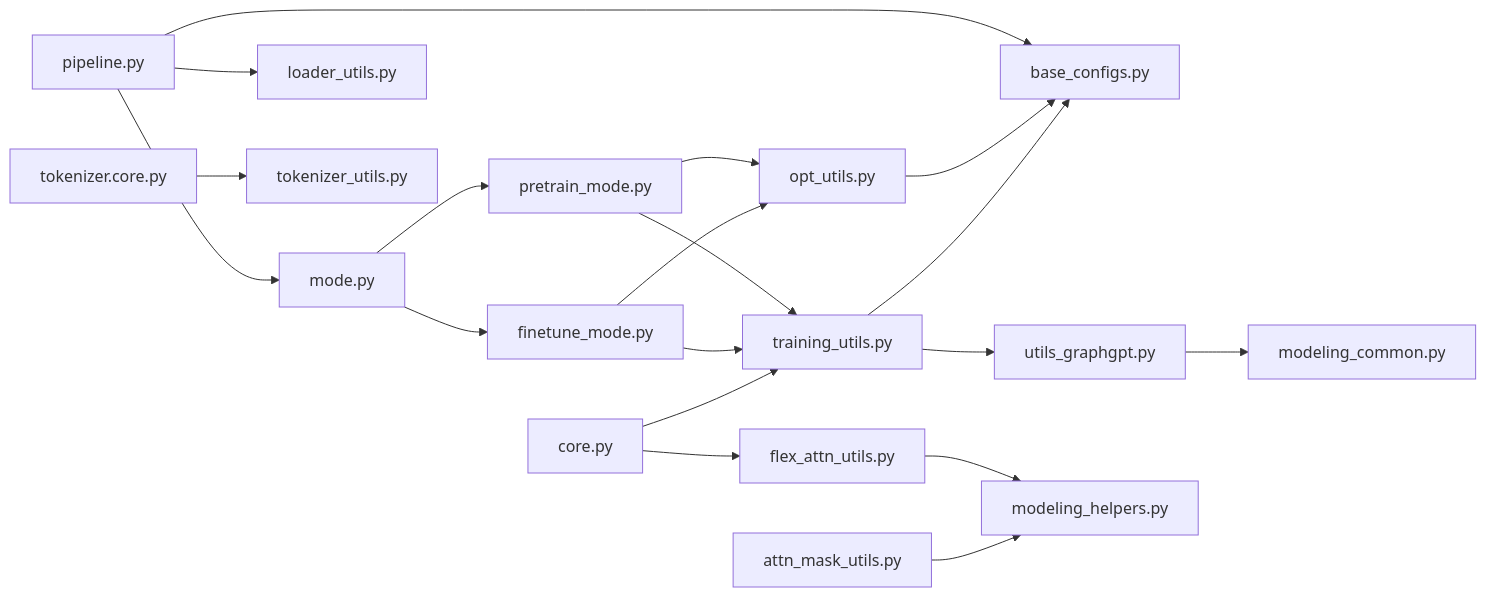
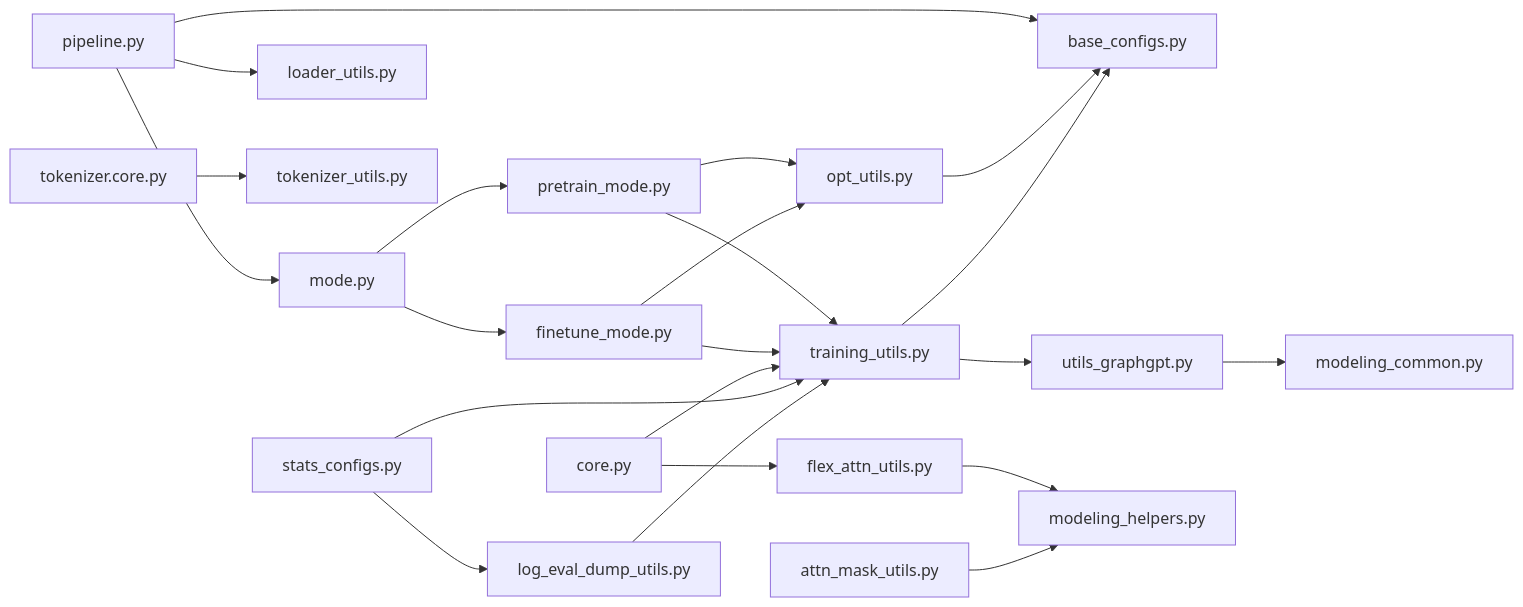
One commit to alibaba/graph-gpt changed the ninth of 12 diagrams in .qoder/repowiki/en/content/Utility Functions/Training Support.md. Above: the diagram before and after it, drawn with Mermaid. The commit also changed other lines of this file and 6 other files, not shown here.

````diff
--- a/.qoder/repowiki/en/content/Utility Functions/Training Support.md
+++ b/.qoder/repowiki/en/content/Utility Functions/Training Support.md
@@ -486,21 +554,24 @@
 ```mermaid
 graph LR
 Pipe["pipeline.py"] --> ModeInt["mode.py"]
 ModeInt --> PM["pretrain_mode.py"]
 ModeInt --> FM["finetune_mode.py"]
 PM --> TU["training_utils.py"]
 FM --> TU
 PM --> OU["opt_utils.py"]
 FM --> OU
 Pipe --> LC["loader_utils.py"]
 Pipe --> BC["base_configs.py"]
 OU --> BC
 TU --> BC
 TU --> PG["utils_graphgpt.py"]
 PG --> MC["modeling_common.py"]
 TK["tokenizer.core.py"] --> TU2["tokenizer_utils.py"]
 TK3["core.py"] --> TU
 TK3 --> FAU["flex_attn_utils.py"]
 FAU --> MH["modeling_helpers.py"]
 AMU["attn_mask_utils.py"] --> MH
+SC["stats_configs.py"] --> LEDU["log_eval_dump_utils.py"]
+SC --> TU
+LEDU --> TU
 ```
````
